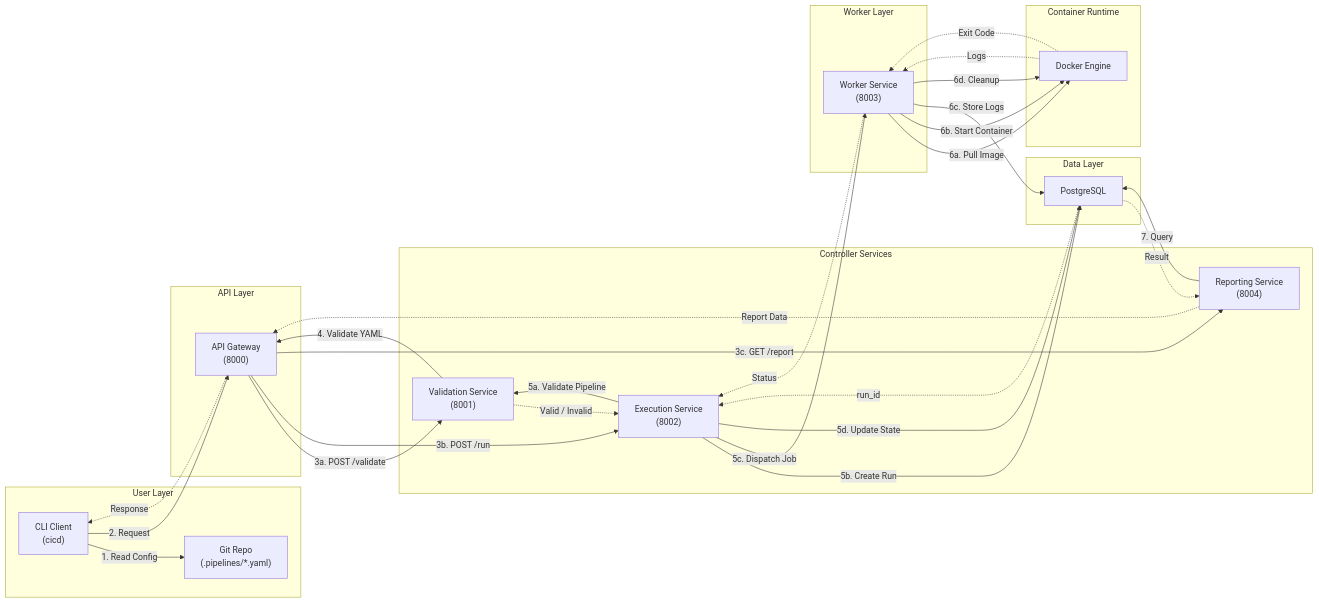
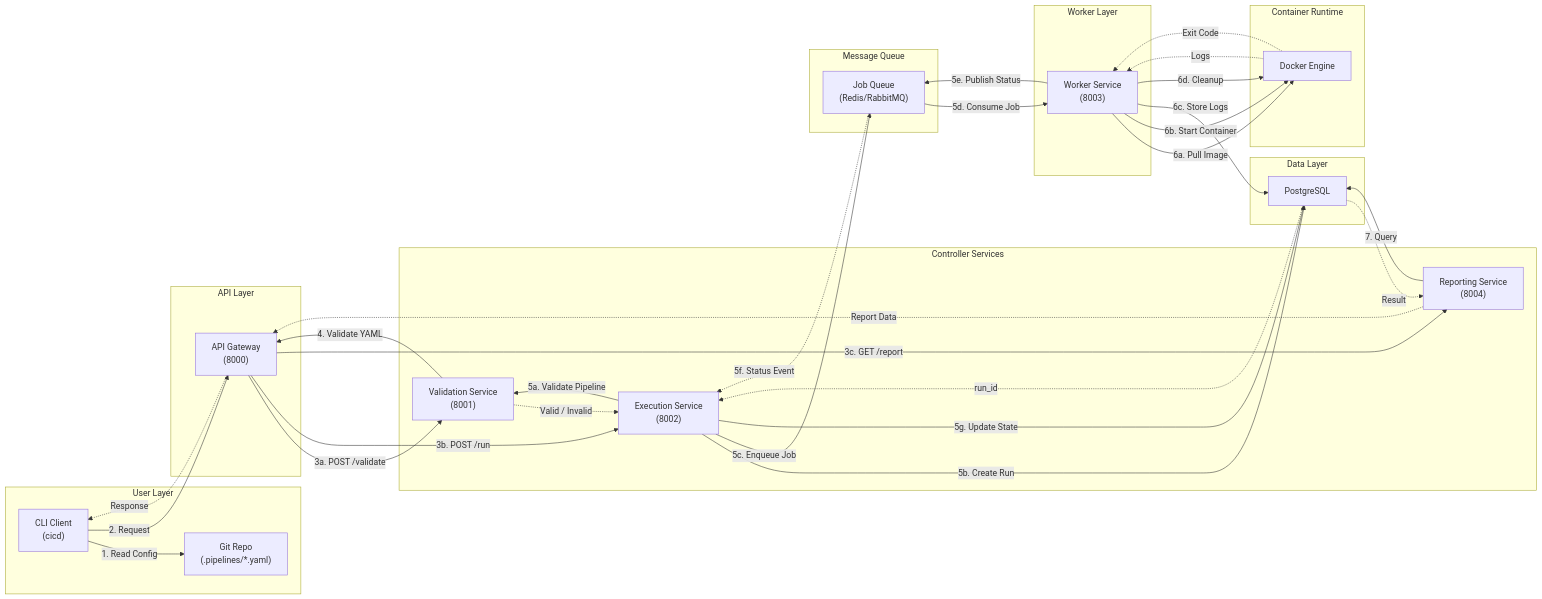
One commit to xueyulinn/cicd-system changed the diagram in dev-docs/design/high-level-design.md. Above: the diagram before and after it, drawn with Mermaid. The commit also changed other lines of this file, not shown here.

Commit message:
Add message queue

````diff
--- a/dev-docs/design/high-level-design.md
+++ b/dev-docs/design/high-level-design.md
@@ -31,6 +30,14 @@
         ValService["Validation Service<br/>(8001)"]
         ExecService["Execution Service<br/>(8002)"]
         ReportService["Reporting Service<br/>(8004)"]
+    end
+
+
+%% =====================
+%% Message Queue Layer
+%% =====================
+    subgraph QueueLayer["Message Queue"]
+        Queue["Job Queue<br/>(Redis/RabbitMQ)"]
     end
 
 
@@ -86,10 +93,12 @@
     ExecService -->|5b. Create Run| DB
     DB -.->|run_id| ExecService
 
-    ExecService -->|5c. Dispatch Job| WorkerService
-    WorkerService -.->|Status| ExecService
+    ExecService -->|5c. Enqueue Job| Queue
+    Queue -->|5d. Consume Job| WorkerService
+    WorkerService -->|5e. Publish Status| Queue
+    Queue -.->|5f. Status Event| ExecService
 
-    ExecService -->|5d. Update State| DB
+    ExecService -->|5g. Update State| DB
 
 
 %% =====================
@@ -115,6 +124,4 @@
 
     ReportService -.->|Report Data| Gateway
     Gateway -.->|Response| CLI
-
-
 ```
````
